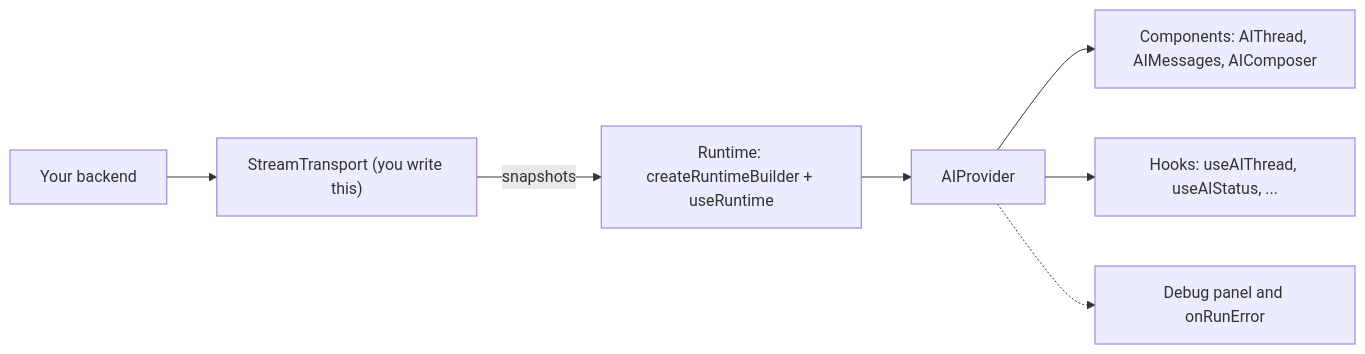
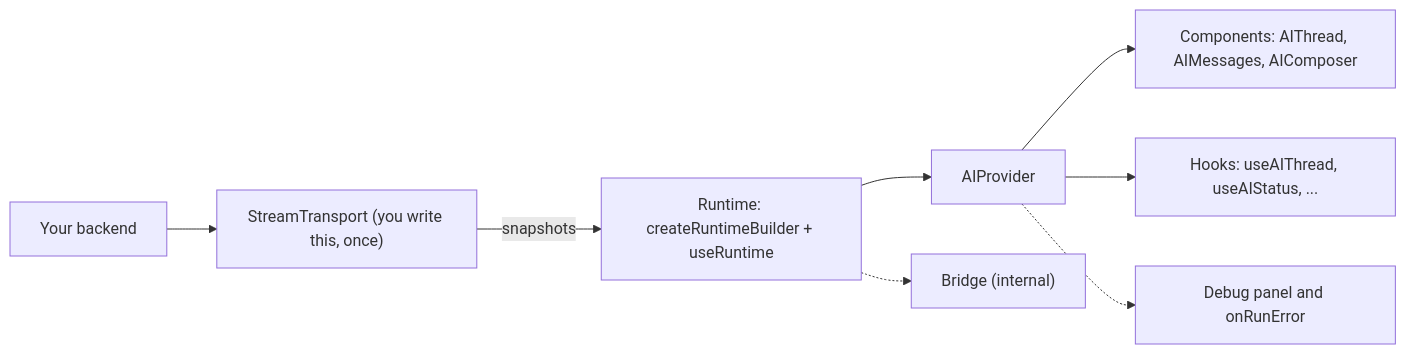
Before and after one commit to vtex/shoreline: the diagram in packages/shoreline-ai/docs/OVERVIEW.md, drawn with Mermaid. The commit also changed other lines of this file and 4 other files, not shown here.

First line of the commit message:
docs(shoreline-ai): explain who does what and that the transport is written once

````diff
--- a/packages/shoreline-ai/docs/OVERVIEW.md
+++ b/packages/shoreline-ai/docs/OVERVIEW.md
@@ -9,9 +9,10 @@
 ```mermaid
 flowchart LR
-  backend[Your backend] --> transport["StreamTransport (you write this)"]
+  backend[Your backend] --> transport["StreamTransport (you write this, once)"]
   transport -- snapshots --> runtime["Runtime: createRuntimeBuilder + useRuntime"]
   runtime --> provider["AIProvider"]
+  runtime -.-> bridge["Bridge (internal)"]
   provider --> components["Components: AIThread, AIMessages, AIComposer"]
   provider --> hooks["Hooks: useAIThread, useAIStatus, ..."]
   provider -.-> watchers["Debug panel and onRunError"]
 ```
````
